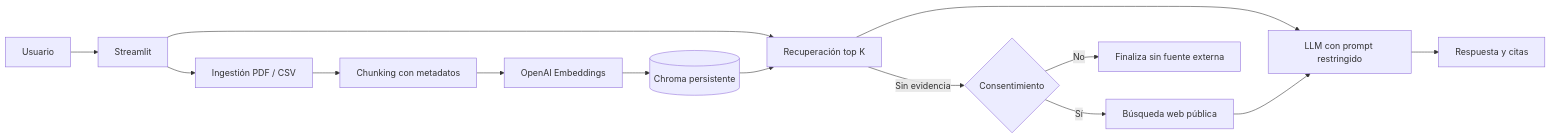
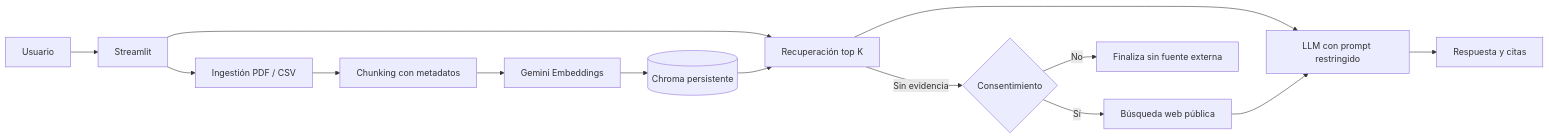
Before and after one commit to BryanGuerron/rag: the diagram in README.md, drawn with Mermaid. The commit also changed other lines of this file and 9 other files, not shown here.

First line of the commit message:
feat: migrate AI provider from OpenAI to Google Gemini

````diff
--- a/README.md
+++ b/README.md
@@ -46,16 +51,16 @@
 ```mermaid
 flowchart LR
     U[Usuario] --> S[Streamlit]
     S --> I[Ingestión PDF / CSV]
     I --> C[Chunking con metadatos]
-    C --> E[OpenAI Embeddings]
+    C --> E[Gemini Embeddings]
     E --> V[(Chroma persistente)]
     S --> R[Recuperación top K]
     V --> R
     R --> L[LLM con prompt restringido]
     L --> A[Respuesta y citas]
     R -->|Sin evidencia| P{Consentimiento}
     P -->|Sí| W[Búsqueda web pública]
     W --> L
     P -->|No| N[Finaliza sin fuente externa]
 ```
````
